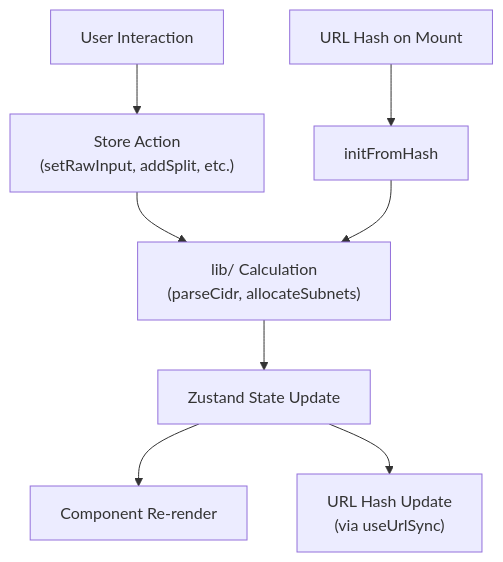
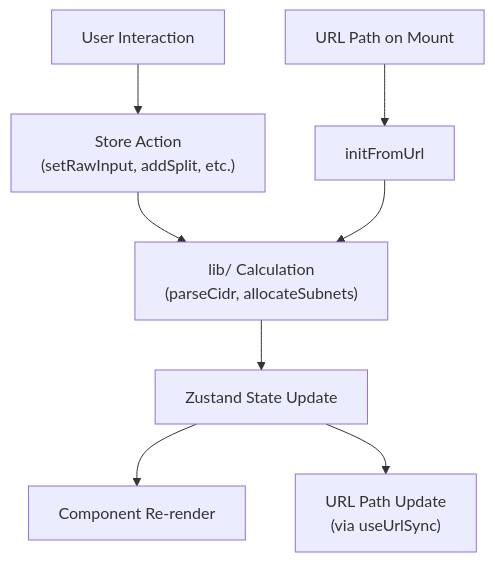
The diagram in docs/state-management.md (russmckendrick/subnet), drawn with Mermaid before and after one commit. The commit also changed other lines of this file and 13 other files, not shown here.

````diff
--- a/docs/state-management.md
+++ b/docs/state-management.md
@@ -102,18 +102,18 @@
 ```mermaid
 flowchart TD
     UI["User Interaction"]
     Action["Store Action<br/>(setRawInput, addSplit, etc.)"]
     Lib["lib/ Calculation<br/>(parseCidr, allocateSubnets)"]
     State["Zustand State Update"]
     Render["Component Re-render"]
-    Hash["URL Hash Update<br/>(via useUrlSync)"]
+    Url["URL Path Update<br/>(via useUrlSync)"]
 
     UI --> Action
     Action --> Lib
     Lib --> State
     State --> Render
-    State --> Hash
+    State --> Url
 
-    Hash2["URL Hash on Mount"] --> InitAction["initFromHash"]
+    Url2["URL Path on Mount"] --> InitAction["initFromUrl"]
     InitAction --> Lib
 ```
````
